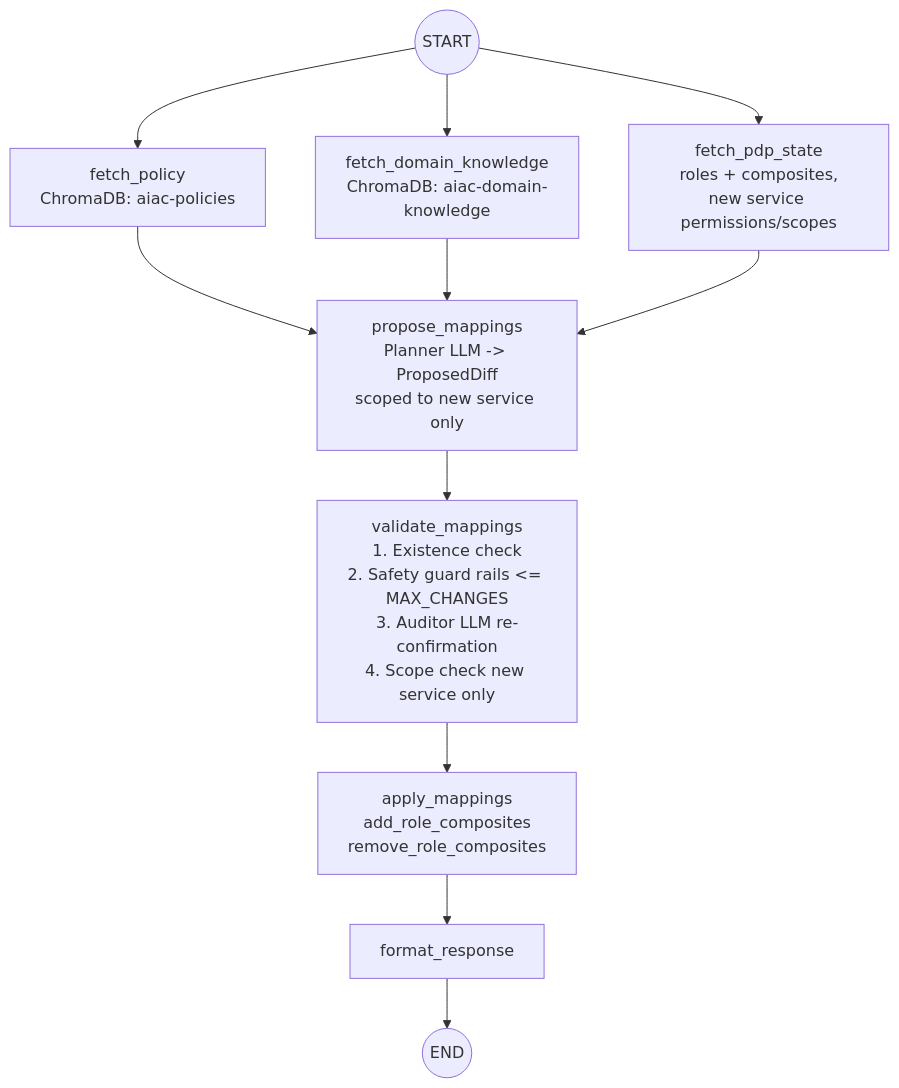
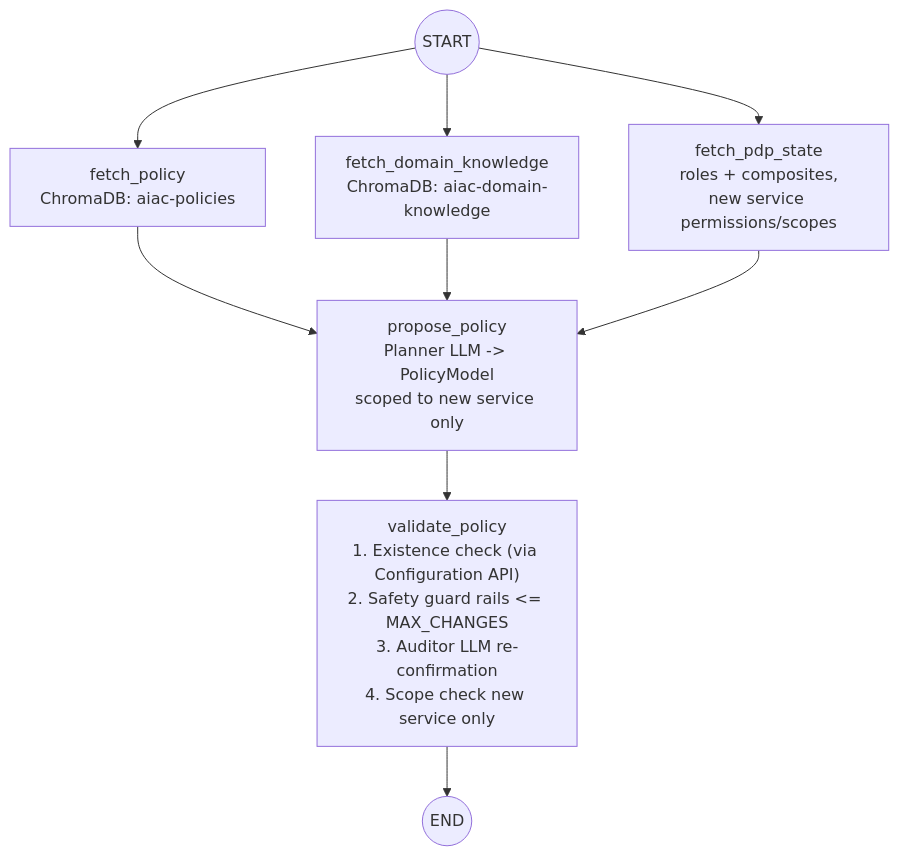
The third of 4 diagrams in inception/requirements/components/aiac-agent/uc1-service-onboarding.md (rossoctl/aiac), drawn with Mermaid before and after one commit. The commit also changed other lines of this file, not shown here.

First line of the commit message:
docs: Refactor UC1 Service Onboarding policy sub-agent into PolicyModel + shared apply sub-agent

````diff
--- a/inception/requirements/components/aiac-agent/uc1-service-onboarding.md
+++ b/inception/requirements/components/aiac-agent/uc1-service-onboarding.md
@@ -193,16 +193,14 @@
 ```mermaid
 flowchart TD
     START(("START"))
 
     START --> FP["fetch_policy\nChromaDB: aiac-policies"]
     START --> FDK["fetch_domain_knowledge\nChromaDB: aiac-domain-knowledge"]
     START --> FKC["fetch_pdp_state\nroles + composites,\nnew service permissions/scopes"]
 
-    FP & FDK & FKC --> PROPOSE["propose_mappings\nPlanner LLM -> ProposedDiff\nscoped to new service only"]
+    FP & FDK & FKC --> PROPOSE["propose_policy\nPlanner LLM -> PolicyModel\nscoped to new service only"]
 
-    PROPOSE --> VALIDATE["validate_mappings\n1. Existence check\n2. Safety guard rails <= MAX_CHANGES\n3. Auditor LLM re-confirmation\n4. Scope check new service only"]
+    PROPOSE --> VALIDATE["validate_policy\n1. Existence check (via Configuration API)\n2. Safety guard rails <= MAX_CHANGES\n3. Auditor LLM re-confirmation\n4. Scope check new service only"]
 
-    VALIDATE --> APPLY["apply_mappings\nadd_role_composites\nremove_role_composites"]
-    APPLY --> FORMAT["format_response"]
-    FORMAT --> END(("END"))
+    VALIDATE --> END(("END"))
 ```
````
